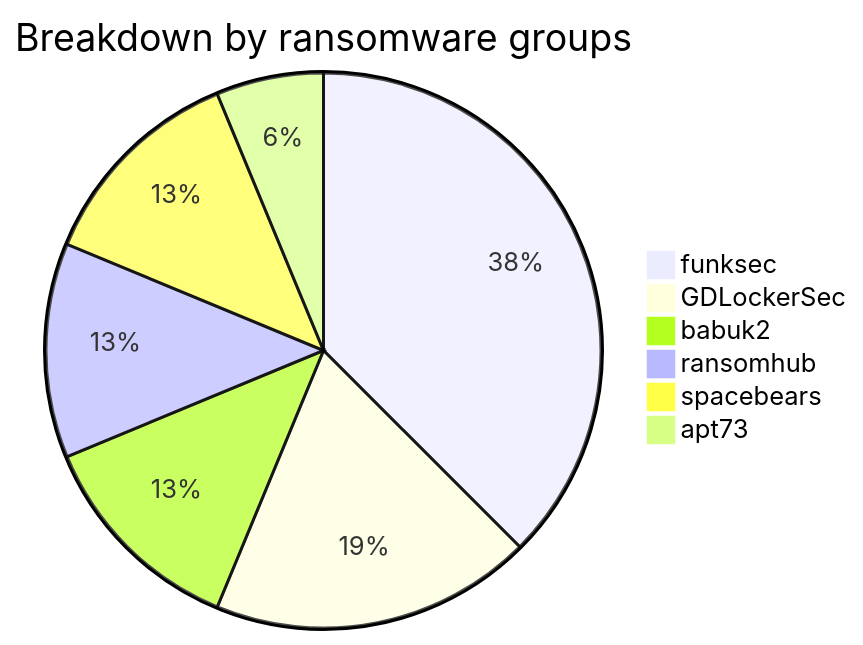
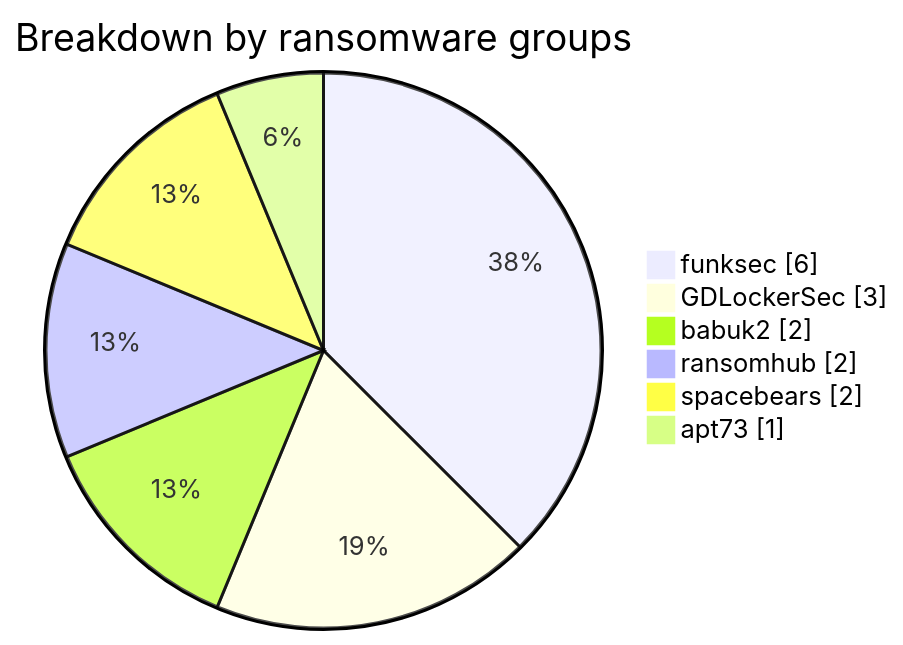
One commit to Hatchepsoute/AFRINTEL changed the first of 7 diagrams in CyberAttackAfrica/2025/01-january/README.md. Above: the diagram before and after it, drawn with Mermaid. The commit also changed other lines of this file and 182 other files, not shown here.

````diff
--- a/CyberAttackAfrica/2025/01-january/README.md
+++ b/CyberAttackAfrica/2025/01-january/README.md
@@ -30,9 +33,10 @@
 ```mermaid
-pie title Breakdown by ransomware groups
+pie showData
+    title Breakdown by ransomware groups
     "funksec" : 6
     "GDLockerSec" : 3
     "babuk2" : 2
     "ransomhub" : 2
     "spacebears" : 2
     "apt73" : 1
 ```
````
